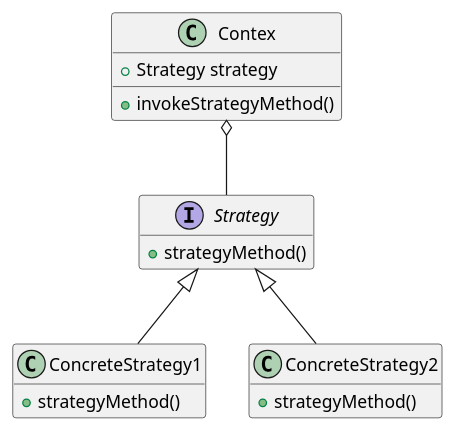
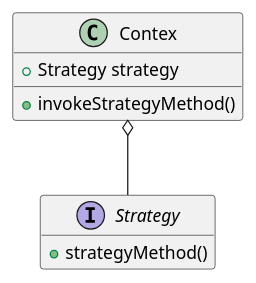
The diagram in StrategyPattern/StrategyPattern.puml (gama79530/DesignPattern), drawn with PlantUML before and after one commit. The commit also changed 4 other files, not shown here.

Commit message:
Refactor: simiplify the UML of each pattern

```diff
--- a/StrategyPattern/StrategyPattern.puml
+++ b/StrategyPattern/StrategyPattern.puml
@@ -1,25 +1,16 @@
 @startuml StrategyPattern
 hide empty members
 
 class Contex{
     + Strategy strategy
     + invokeStrategyMethod()
 }
 
 interface Strategy{
     + strategyMethod()
 }
 
-class ConcreteStrategy1{
-    + strategyMethod()
-}
-
-class ConcreteStrategy2{
-    + strategyMethod()
-}
 
 Contex o-- Strategy
-Strategy <|-- ConcreteStrategy1
-Strategy <|-- ConcreteStrategy2
 
 @enduml
```
